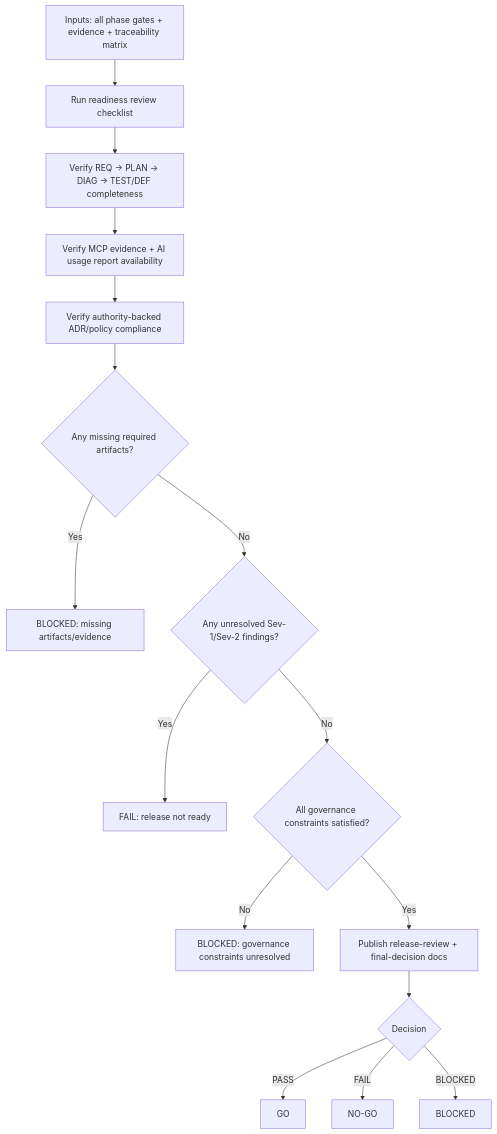
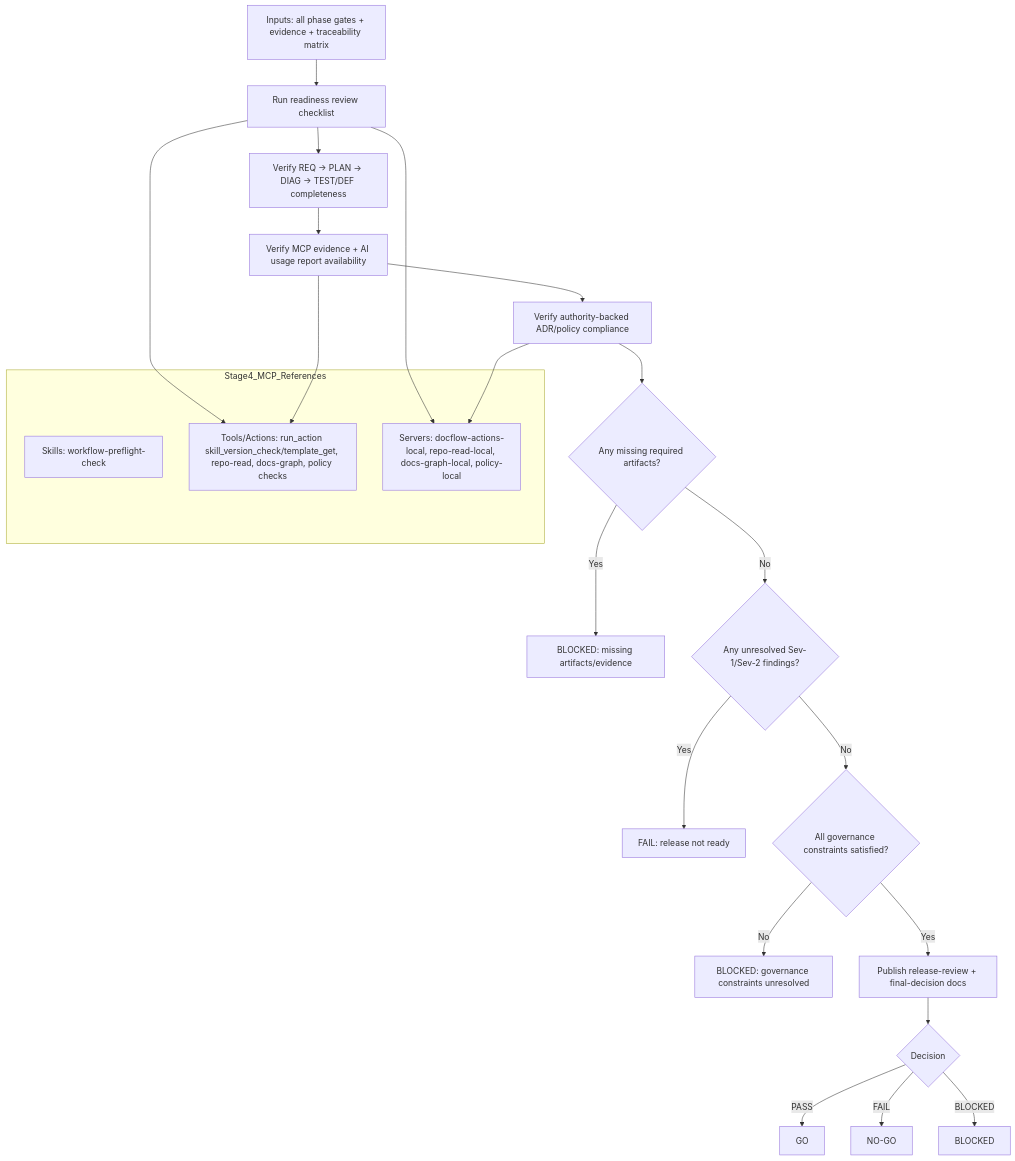
Before and after one commit to orbsfoc/iqpe-governance-workflow: the diagram in ProcessDocs/stage-04-release-review.mmd, drawn with Mermaid. The commit also changed 4 other files, not shown here.

Commit message:
Annotate stage diagrams with MCP servers, tools, and skills

```diff
--- a/ProcessDocs/stage-04-release-review.mmd
+++ b/ProcessDocs/stage-04-release-review.mmd
@@ -1,20 +1,31 @@
 flowchart TD
     R0[Inputs: all phase gates + evidence + traceability matrix] --> R1[Run readiness review checklist]
     R1 --> R2[Verify REQ -> PLAN -> DIAG -> TEST/DEF completeness]
     R2 --> R3[Verify MCP evidence + AI usage report availability]
     R3 --> R4[Verify authority-backed ADR/policy compliance]
 
     R4 --> G1{Any missing required artifacts?}
     G1 -- Yes --> B1[BLOCKED: missing artifacts/evidence]
     G1 -- No --> G2{Any unresolved Sev-1/Sev-2 findings?}
 
     G2 -- Yes --> FAIL[FAIL: release not ready]
     G2 -- No --> G3{All governance constraints satisfied?}
 
     G3 -- No --> B2[BLOCKED: governance constraints unresolved]
     G3 -- Yes --> R5[Publish release-review + final-decision docs]
 
     R5 --> D1{Decision}
     D1 -- PASS --> GO[GO]
     D1 -- FAIL --> NOGO[NO-GO]
     D1 -- BLOCKED --> HOLD[BLOCKED]
+
+        subgraph Stage4_MCP_References
+            SK4[Skills: workflow-preflight-check]
+            T4A[Tools/Actions: run_action skill_version_check/template_get, repo-read, docs-graph, policy checks]
+            SV4[Servers: docflow-actions-local, repo-read-local, docs-graph-local, policy-local]
+        end
+
+        R1 --> T4A
+        R1 --> SV4
+        R3 --> T4A
+        R4 --> SV4
```
